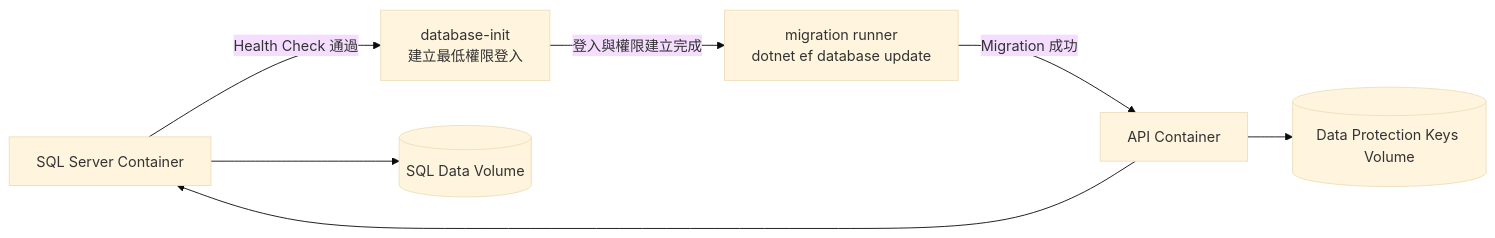
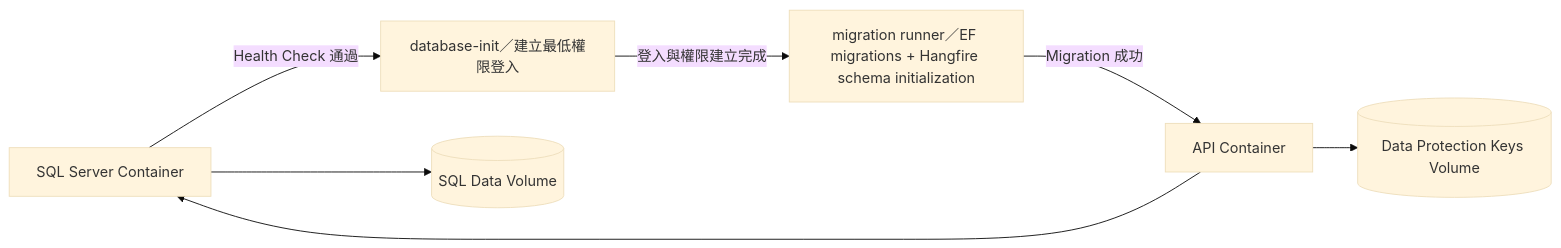
Before and after one commit to JJDing-Louis/ProjectManagementWeb_BackEnd: the fourth of 4 diagrams in docs/Architecture.md, drawn with Mermaid (base theme). The commit also changed other lines of this file and 3 other files, not shown here.

````diff
--- a/docs/Architecture.md
+++ b/docs/Architecture.md
@@ -150,16 +154,16 @@
 ```mermaid
 flowchart LR
     sqlContainer[SQL Server Container]
-    init[database-init<br/>建立最低權限登入]
-    migration[migration runner<br/>dotnet ef database update]
+    init[database-init／建立最低權限登入]
+    migration[migration runner／EF migrations + Hangfire schema initialization]
     apiContainer[API Container]
     volume[(SQL Data Volume)]
     keys[(Data Protection Keys Volume)]
 
     sqlContainer --> volume
     sqlContainer -->|Health Check 通過| init
     init -->|登入與權限建立完成| migration
     migration -->|Migration 成功| apiContainer
     apiContainer --> keys
     apiContainer --> sqlContainer
 ```
````
